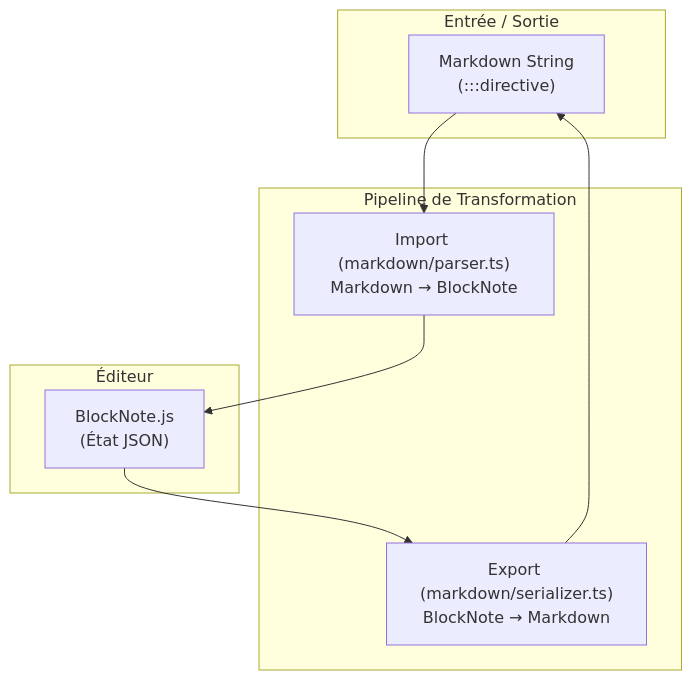
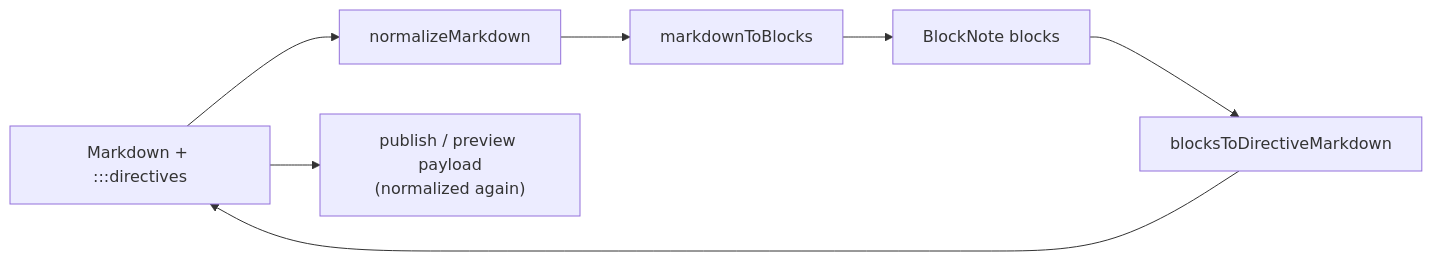
The diagram in documentation/architecture/content-pipeline.md (refugies-info/playground), drawn with Mermaid before and after one commit. The commit also changed other lines of this file and 31 other files, not shown here.

````diff
--- a/documentation/architecture/content-pipeline.md
+++ b/documentation/architecture/content-pipeline.md
@@ -20,20 +5,6 @@
 ```mermaid
-flowchart TB
-    subgraph Input["Entrée / Sortie"]
-        MD["Markdown String<br/>(:::directive)"]
-    end
-
-    subgraph Pipeline["Pipeline de Transformation"]
-        Import["Import (markdown/parser.ts)<br/>Markdown → BlockNote"]
-        Export["Export (markdown/serializer.ts)<br/>BlockNote → Markdown"]
-    end
-
-    subgraph Editor["Éditeur"]
-        BN["BlockNote.js<br/>(État JSON)"]
-    end
-
-    MD --> Import
-    Import --> BN
-    BN --> Export
-    Export --> MD
+flowchart LR
+    MD["Markdown + :::directives"] --> N["normalizeMarkdown"] --> P["markdownToBlocks"] --> BN["BlockNote blocks"]
+    BN --> S["blocksToDirectiveMarkdown"] --> MD
+    MD --> PUB["publish / preview payload<br/>(normalized again)"]
 ```
````
